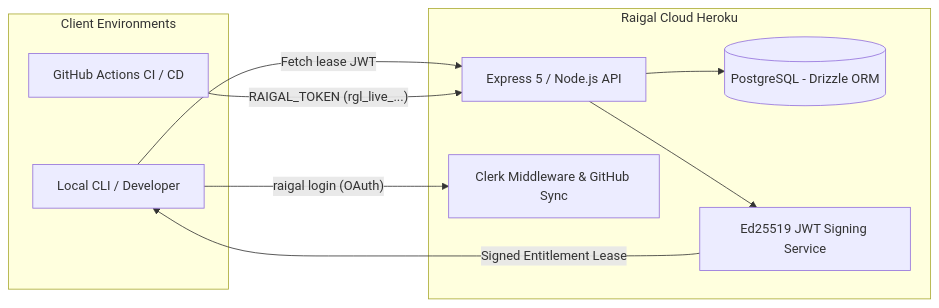
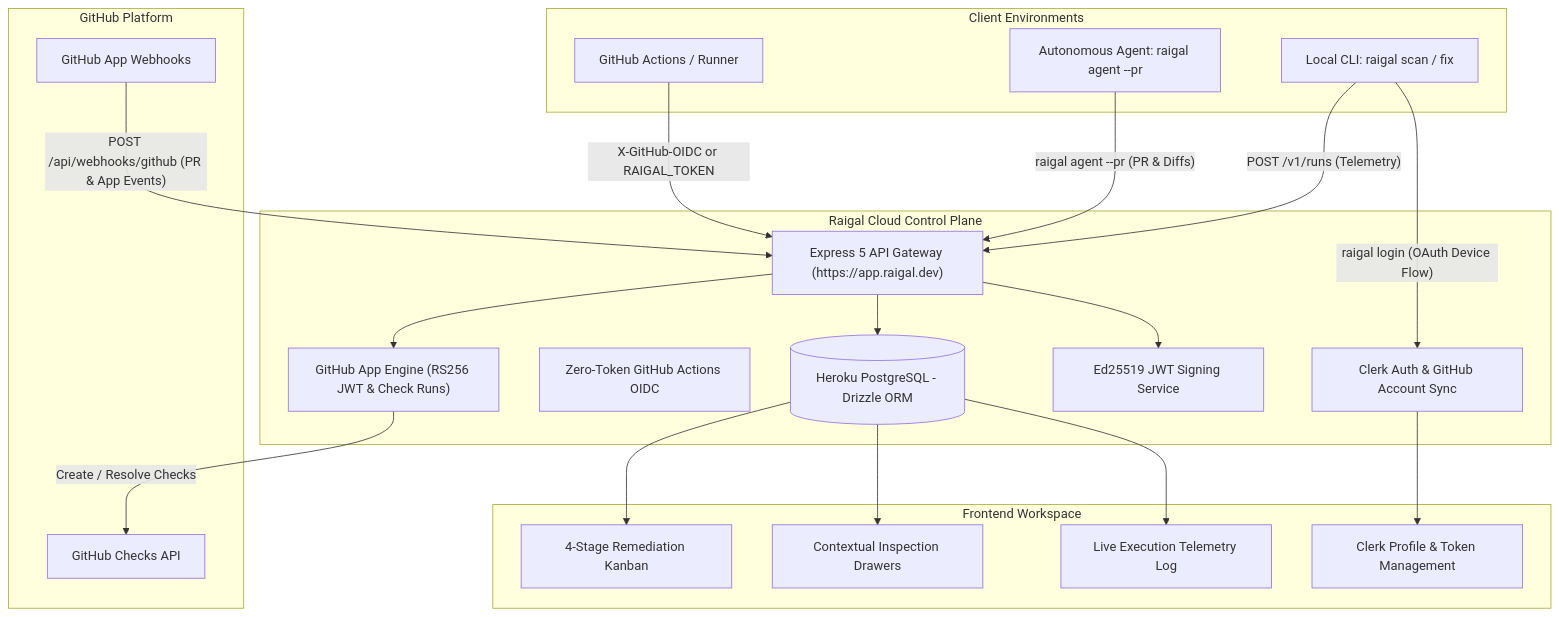
The diagram in docs/en/cloud-platform/architecture.md (meethiu/raigal), drawn with Mermaid before and after one commit. The commit also changed other lines of this file and 21 other files, not shown here.

Commit message:
docs: update documentation for GitHub App hybrid architecture and GitBook site sync

````diff
--- a/docs/en/cloud-platform/architecture.md
+++ b/docs/en/cloud-platform/architecture.md
@@ -12,21 +12,45 @@
 ```mermaid
-graph LR
+graph TD
     subgraph Client Environments
-        Dev[Local CLI / Developer]
-        CI[GitHub Actions CI / CD]
+        Dev["Local CLI: raigal scan / fix"]
+        Agent["Autonomous Agent: raigal agent --pr"]
+        CI["GitHub Actions / Runner"]
     end
 
-    subgraph Raigal Cloud Heroku
-        Server[Express 5 / Node.js API]
-        Auth[Clerk Middleware & GitHub Sync]
-        DB[(PostgreSQL - Drizzle ORM)]
-        Signer[Ed25519 JWT Signing Service]
+    subgraph GitHub Platform
+        GHApp["GitHub App Webhooks"]
+        GHChecks["GitHub Checks API"]
     end
 
-    Dev -- "raigal login (OAuth)" --> Auth
-    Dev -- "Fetch lease JWT" --> Server
-    CI -- "RAIGAL_TOKEN (rgl_live_...)" --> Server
-    Server --> DB
-    Server --> Signer
-    Signer -- "Signed Entitlement Lease" --> Dev
+    subgraph Raigal Cloud Control Plane
+        Ingress["Express 5 API Gateway (https://app.raigal.dev)"]
+        Auth["Clerk Auth & GitHub Account Sync"]
+        OIDC["Zero-Token GitHub Actions OIDC"]
+        AppEngine["GitHub App Engine (RS256 JWT & Check Runs)"]
+        Signer["Ed25519 JWT Signing Service"]
+        DB[("Heroku PostgreSQL - Drizzle ORM")]
+    end
+
+    subgraph Frontend Workspace
+        Board["4-Stage Remediation Kanban"]
+        Drawers["Contextual Inspection Drawers"]
+        Activity["Live Execution Telemetry Log"]
+        Settings["Clerk Profile & Token Management"]
+    end
+
+    Dev -- "raigal login (OAuth Device Flow)" --> Auth
+    Dev -- "POST /v1/runs (Telemetry)" --> Ingress
+    Agent -- "raigal agent --pr (PR & Diffs)" --> Ingress
+    CI -- "X-GitHub-OIDC or RAIGAL_TOKEN" --> Ingress
+    GHApp -- "POST /api/webhooks/github (PR & App Events)" --> Ingress
+
+    Ingress --> DB
+    Ingress --> Signer
+    Ingress --> AppEngine
+    AppEngine -- "Create / Resolve Checks" --> GHChecks
+
+    DB --> Board
+    DB --> Drawers
+    DB --> Activity
+    Auth --> Settings
 ```
````
